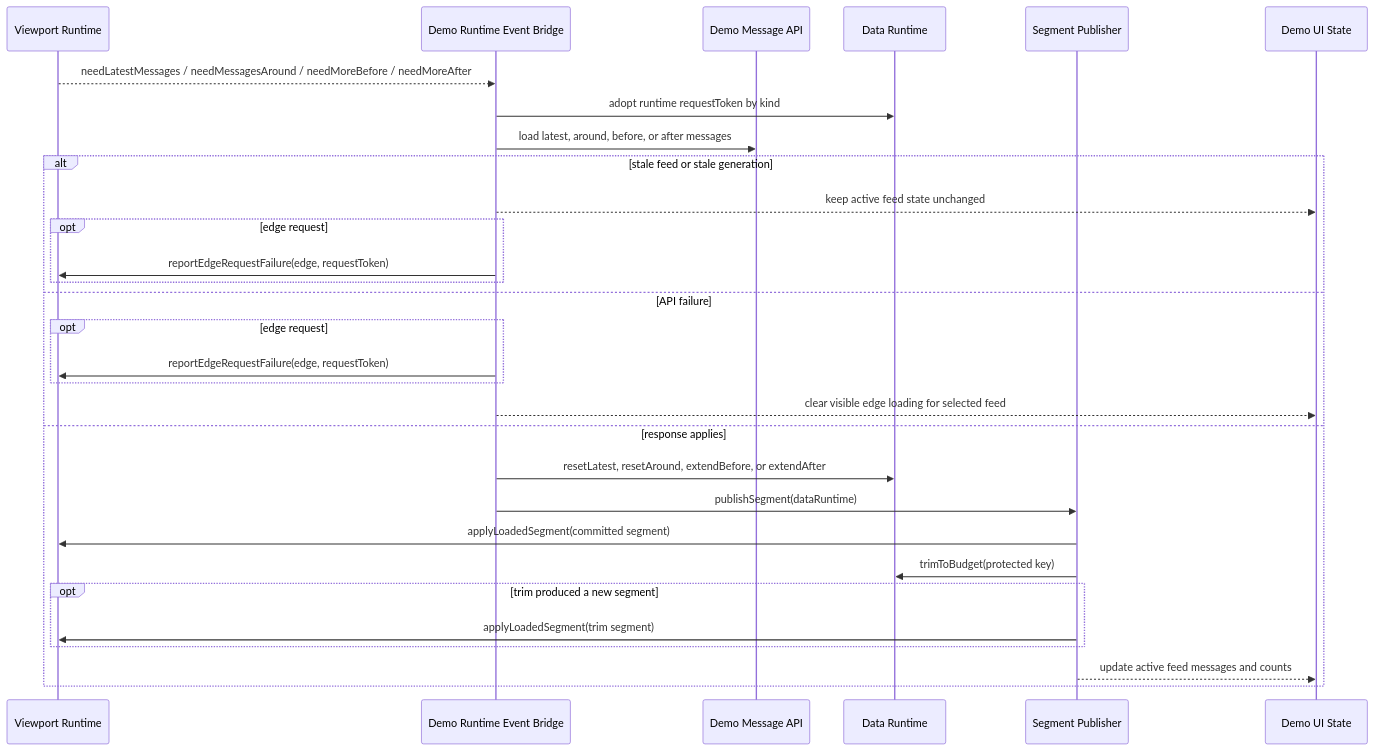
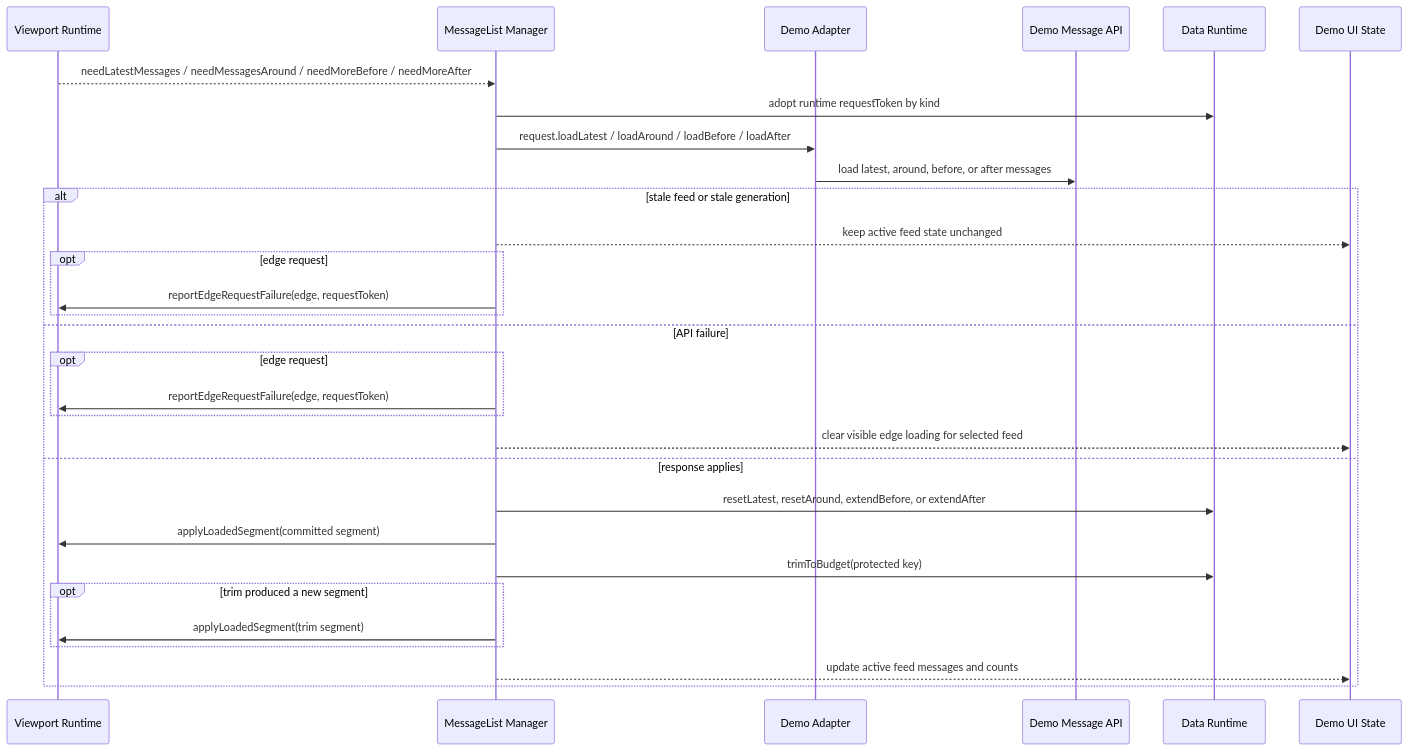
One commit to LouisGo/XMessageList changed the first of 2 diagrams in docs/graph/demo-and-e2e.md. Above: the diagram before and after it, drawn with Mermaid. The commit also changed other lines of this file and 162 other files, not shown here.

First line of the commit message:
refactor: introduce message list session manager API

````diff
--- a/docs/graph/demo-and-e2e.md
+++ b/docs/graph/demo-and-e2e.md
@@ -5,34 +5,34 @@
 ```mermaid
 sequenceDiagram
   participant Runtime as Viewport Runtime
-  participant Bridge as Demo Runtime Event Bridge
+  participant Manager as MessageList Manager
+  participant Adapter as Demo Adapter
   participant API as Demo Message API
   participant Data as Data Runtime
-  participant Publisher as Segment Publisher
   participant UI as Demo UI State
 
-  Runtime-->>Bridge: needLatestMessages / needMessagesAround / needMoreBefore / needMoreAfter
-  Bridge->>Data: adopt runtime requestToken by kind
-  Bridge->>API: load latest, around, before, or after messages
+  Runtime-->>Manager: needLatestMessages / needMessagesAround / needMoreBefore / needMoreAfter
+  Manager->>Data: adopt runtime requestToken by kind
+  Manager->>Adapter: request.loadLatest / loadAround / loadBefore / loadAfter
+  Adapter->>API: load latest, around, before, or after messages
 
   alt stale feed or stale generation
-    Bridge-->>UI: keep active feed state unchanged
+    Manager-->>UI: keep active feed state unchanged
     opt edge request
-      Bridge->>Runtime: reportEdgeRequestFailure(edge, requestToken)
+      Manager->>Runtime: reportEdgeRequestFailure(edge, requestToken)
     end
   else API failure
     opt edge request
-      Bridge->>Runtime: reportEdgeRequestFailure(edge, requestToken)
+      Manager->>Runtime: reportEdgeRequestFailure(edge, requestToken)
     end
-    Bridge-->>UI: clear visible edge loading for selected feed
+    Manager-->>UI: clear visible edge loading for selected feed
   else response applies
-    Bridge->>Data: resetLatest, resetAround, extendBefore, or extendAfter
-    Bridge->>Publisher: publishSegment(dataRuntime)
-    Publisher->>Runtime: applyLoadedSegment(committed segment)
-    Publisher->>Data: trimToBudget(protected key)
+    Manager->>Data: resetLatest, resetAround, extendBefore, or extendAfter
+    Manager->>Runtime: applyLoadedSegment(committed segment)
+    Manager->>Data: trimToBudget(protected key)
     opt trim produced a new segment
-      Publisher->>Runtime: applyLoadedSegment(trim segment)
+      Manager->>Runtime: applyLoadedSegment(trim segment)
     end
-    Publisher-->>UI: update active feed messages and counts
+    Manager-->>UI: update active feed messages and counts
   end
 ```
````
